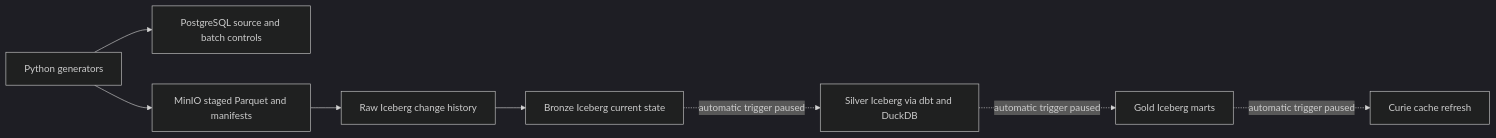
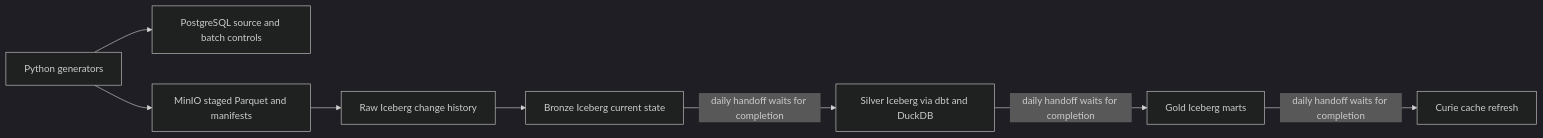
One commit to AntonMiniazev/ampere_project changed the diagram in README.md. Above: the diagram before and after it, drawn with Mermaid (dark theme). The commit also changed other lines of this file and 10 other files, not shown here.

````diff
--- a/README.md
+++ b/README.md
@@ -7,10 +7,10 @@
 ```mermaid
 flowchart LR
     G[Python generators] --> P[PostgreSQL source and batch controls]
     G --> M[MinIO staged Parquet and manifests]
     M --> R[Raw Iceberg change history]
     R --> B[Bronze Iceberg current state]
-    B -. automatic trigger paused .-> S[Silver Iceberg via dbt and DuckDB]
-    S -. automatic trigger paused .-> O[Gold Iceberg marts]
-    O -. automatic trigger paused .-> C[Curie cache refresh]
+    B -->|daily handoff waits for completion| S[Silver Iceberg via dbt and DuckDB]
+    S -->|daily handoff waits for completion| O[Gold Iceberg marts]
+    O -->|daily handoff waits for completion| C[Curie cache refresh]
 ```
````
